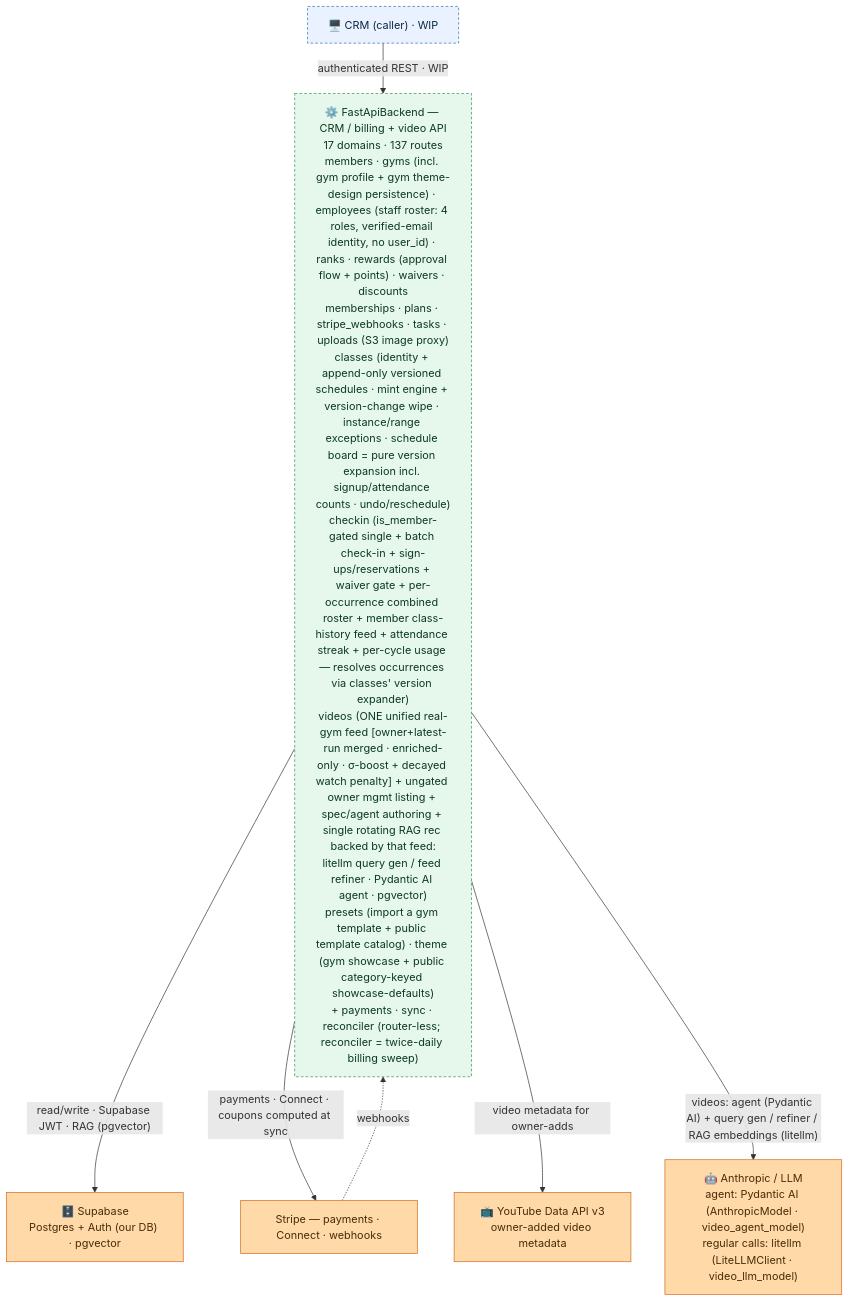
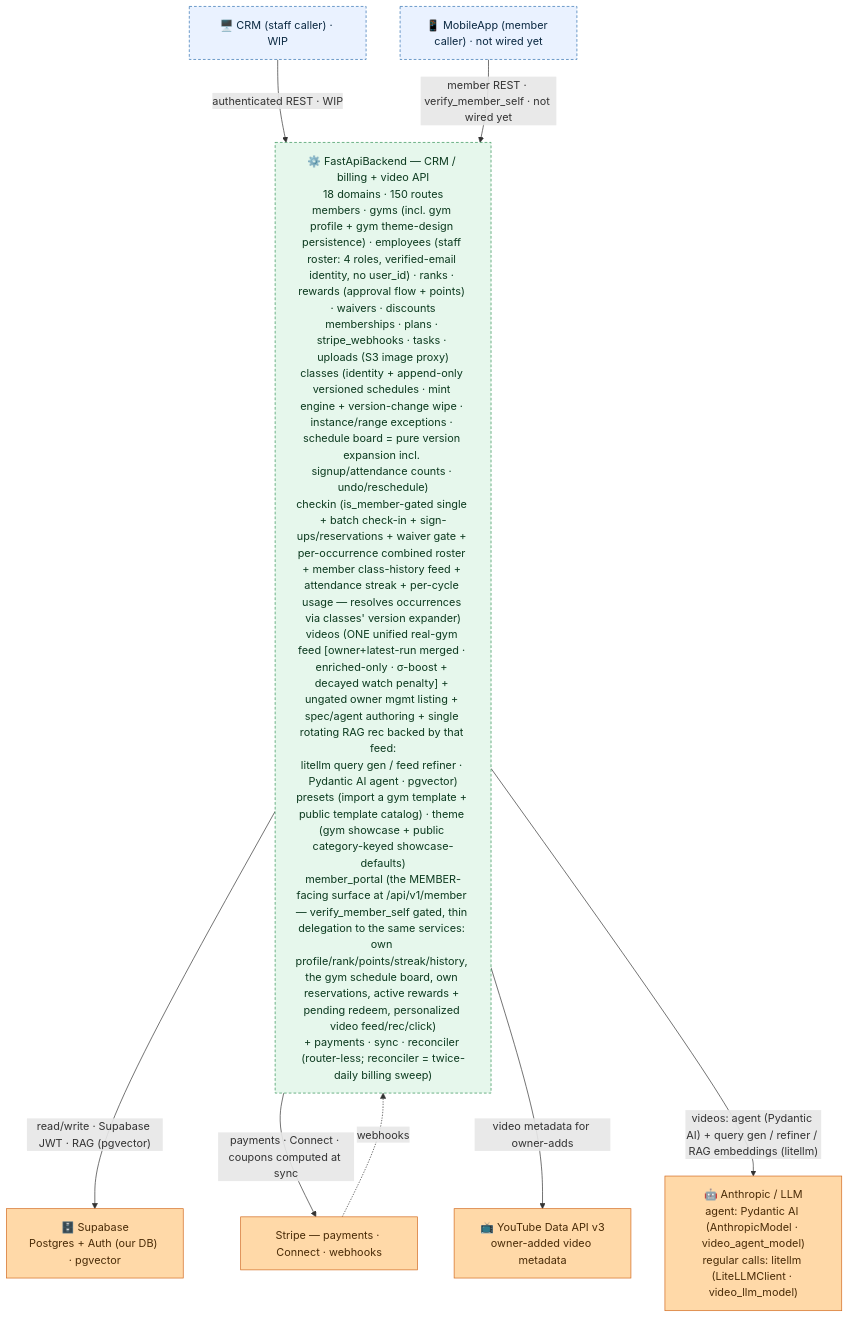
The diagram in FastApiBackend/README.md (jesse51002/CombatDen), drawn with Mermaid before and after one commit. The commit also changed other lines of this file and 24 other files, not shown here.

First line of the commit message:
Member portal + fix a points-burning bug and two test defects

````diff
--- a/FastApiBackend/README.md
+++ b/FastApiBackend/README.md
@@ -16,23 +16,26 @@
 ```mermaid
 flowchart TB
-  CRM["🖥️ CRM (caller) · WIP"]
-  FB["⚙️ FastApiBackend — CRM / billing + video API<br/>17 domains · 137 routes<br/>members · gyms (incl. gym profile + gym theme-design persistence) · employees (staff roster: 4 roles, verified-email identity, no user_id) · ranks · rewards (approval flow + points) · waivers · discounts<br/>memberships · plans · stripe_webhooks · tasks · uploads (S3 image proxy)<br/>classes (identity + append-only versioned schedules · mint engine + version-change wipe · instance/range exceptions · schedule board = pure version expansion incl. signup/attendance counts · undo/reschedule)<br/>checkin (is_member-gated single + batch check-in + sign-ups/reservations + waiver gate + per-occurrence combined roster + member class-history feed + attendance streak + per-cycle usage — resolves occurrences via classes' version expander)<br/>videos (ONE unified real-gym feed [owner+latest-run merged · enriched-only · σ-boost + decayed watch penalty] + ungated owner mgmt listing + spec/agent authoring + single rotating RAG rec backed by that feed:<br/>litellm query gen / feed refiner · Pydantic AI agent · pgvector)<br/>presets (import a gym template + public template catalog) · theme (gym showcase + public category-keyed showcase-defaults)<br/>+ payments · sync · reconciler (router-less; reconciler = twice-daily billing sweep)"]
+  CRM["🖥️ CRM (staff caller) · WIP"]
+  MobileApp["📱 MobileApp (member caller) · not wired yet"]
+  FB["⚙️ FastApiBackend — CRM / billing + video API<br/>18 domains · 150 routes<br/>members · gyms (incl. gym profile + gym theme-design persistence) · employees (staff roster: 4 roles, verified-email identity, no user_id) · ranks · rewards (approval flow + points) · waivers · discounts<br/>memberships · plans · stripe_webhooks · tasks · uploads (S3 image proxy)<br/>classes (identity + append-only versioned schedules · mint engine + version-change wipe · instance/range exceptions · schedule board = pure version expansion incl. signup/attendance counts · undo/reschedule)<br/>checkin (is_member-gated single + batch check-in + sign-ups/reservations + waiver gate + per-occurrence combined roster + member class-history feed + attendance streak + per-cycle usage — resolves occurrences via classes' version expander)<br/>videos (ONE unified real-gym feed [owner+latest-run merged · enriched-only · σ-boost + decayed watch penalty] + ungated owner mgmt listing + spec/agent authoring + single rotating RAG rec backed by that feed:<br/>litellm query gen / feed refiner · Pydantic AI agent · pgvector)<br/>presets (import a gym template + public template catalog) · theme (gym showcase + public category-keyed showcase-defaults)<br/>member_portal (the MEMBER-facing surface at /api/v1/member — verify_member_self gated, thin delegation to the same services: own profile/rank/points/streak/history, the gym schedule board, own reservations, active rewards + pending redeem, personalized video feed/rec/click)<br/>+ payments · sync · reconciler (router-less; reconciler = twice-daily billing sweep)"]
   Supabase["🗄️ Supabase<br/>Postgres + Auth (our DB) · pgvector"]
   Stripe["Stripe — payments · Connect · webhooks"]
   YouTube["📺 YouTube Data API v3<br/>owner-added video metadata"]
   LLMProvider["🤖 Anthropic / LLM<br/>agent: Pydantic AI (AnthropicModel · video_agent_model)<br/>regular calls: litellm (LiteLLMClient · video_llm_model)"]
   CRM -->|"authenticated REST · WIP"| FB
+  MobileApp -->|"member REST · verify_member_self · not wired yet"| FB
   FB -->|"read/write · Supabase JWT · RAG (pgvector)"| Supabase
   FB -->|"payments · Connect · coupons computed at sync"| Stripe
   Stripe -.->|"webhooks"| FB
   FB -->|"video metadata for owner-adds"| YouTube
   FB -->|"videos: agent (Pydantic AI) + query gen / refiner / RAG embeddings (litellm)"| LLMProvider
   classDef client fill:#eaf2ff,stroke:#2f6fb0,color:#0b2942;
   classDef svc fill:#e6f7ec,stroke:#2f8f53,color:#0c3a1f;
   classDef ext fill:#ffd9a8,stroke:#d2691e,color:#4a2c08;
-  class CRM client;
+  class CRM,MobileApp client;
   class FB svc;
   class Supabase,Stripe,YouTube,LLMProvider ext;
   style CRM stroke-dasharray:4 3;
+  style MobileApp stroke-dasharray:4 3;
   style FB stroke-dasharray:4 3;
 ```
````
